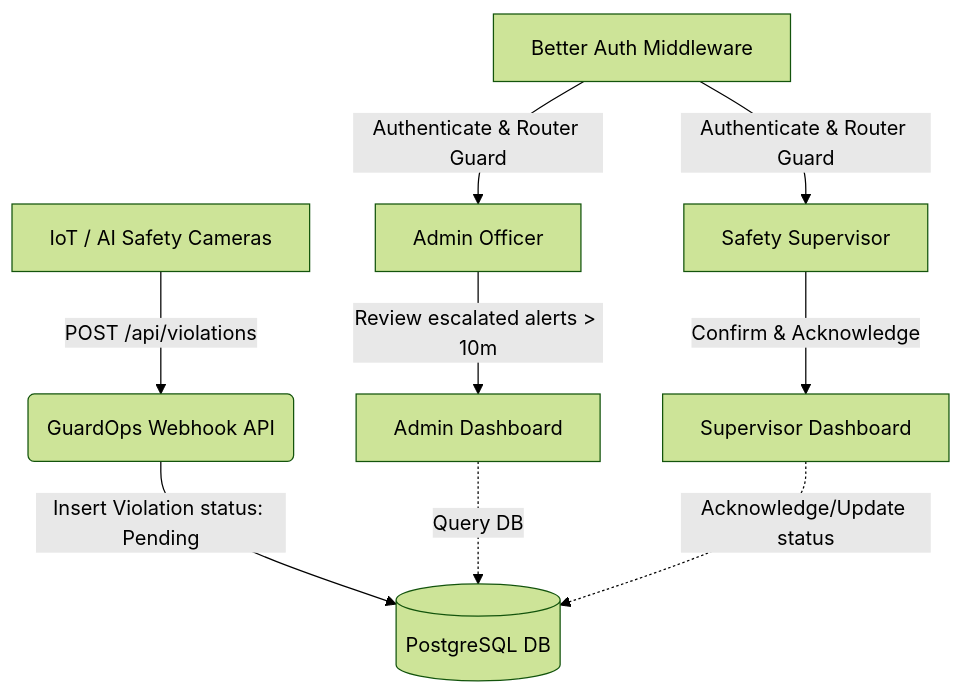
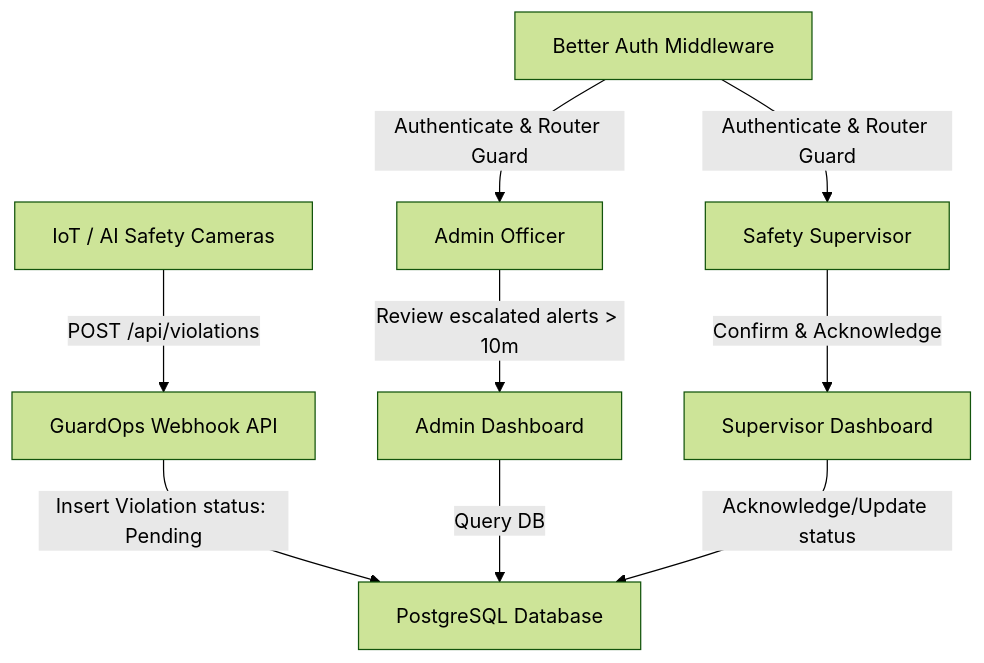
Before and after one commit to Himanshu-20002/Workforce-Safety-Monitoring-Platform: the diagram in README.md, drawn with Mermaid (forest theme).

Commit message:
docs: simplify mermaid diagram shapes in README to fix rendering issue

````diff
--- a/README.md
+++ b/README.md
@@ -11,11 +11,11 @@
 ```mermaid
 graph TD
-    A[IoT / AI Safety Cameras] -->|POST /api/violations| B(GuardOps Webhook API)
-    B -->|Insert Violation status: Pending| C[(PostgreSQL DB)]
+    A[IoT / AI Safety Cameras] -->|POST /api/violations| B[GuardOps Webhook API]
+    B -->|Insert Violation status: Pending| C[PostgreSQL Database]
     D[Admin Officer] -->|Review escalated alerts > 10m| E[Admin Dashboard]
     F[Safety Supervisor] -->|Confirm & Acknowledge| G[Supervisor Dashboard]
-    E -.->|Query DB| C
-    G -.->|Acknowledge/Update status| C
+    E -->|Query DB| C
+    G -->|Acknowledge/Update status| C
     H[Better Auth Middleware] -->|Authenticate & Router Guard| D
     H -->|Authenticate & Router Guard| F
 ```
````
